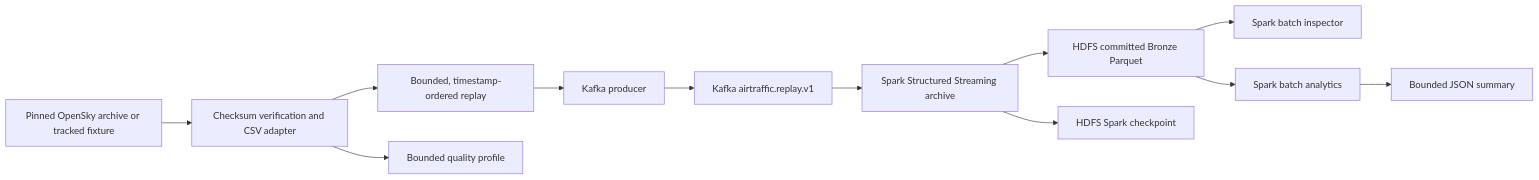
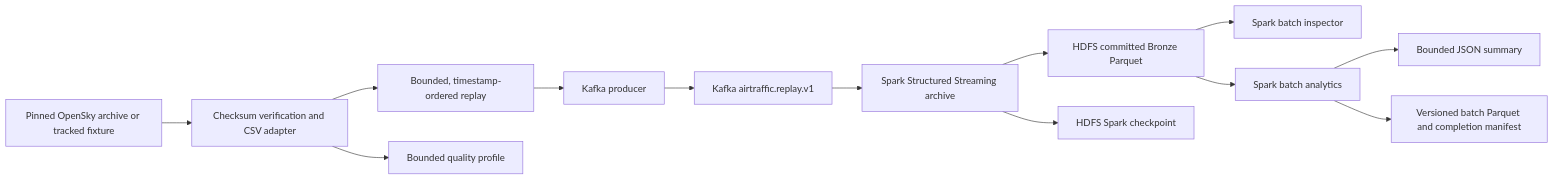
Before and after one commit to brianminhle/BigData_20261: the first of 2 diagrams in docs/architecture.md, drawn with Mermaid. The commit also changed other lines of this file and 11 other files, not shown here.

Commit message:
feat: persist batch analytics and automate pipeline verification

````diff
--- a/docs/architecture.md
+++ b/docs/architecture.md
@@ -7,14 +7,15 @@
 ```mermaid
 flowchart LR
     SOURCE[Pinned OpenSky archive or tracked fixture] --> VERIFY[Checksum verification and CSV adapter]
     VERIFY --> REPLAY[Bounded, timestamp-ordered replay]
     REPLAY --> PRODUCER[Kafka producer]
     PRODUCER --> TOPIC[Kafka airtraffic.replay.v1]
     TOPIC --> ARCHIVE[Spark Structured Streaming archive]
     ARCHIVE --> BRONZE[HDFS committed Bronze Parquet]
     ARCHIVE --> CHECKPOINT[HDFS Spark checkpoint]
     BRONZE --> INSPECT[Spark batch inspector]
     BRONZE --> ANALYTICS[Spark batch analytics]
     ANALYTICS --> SUMMARY[Bounded JSON summary]
+    ANALYTICS --> OUTPUT[Versioned batch Parquet and completion manifest]
     VERIFY --> PROFILE[Bounded quality profile]
 ```
````
